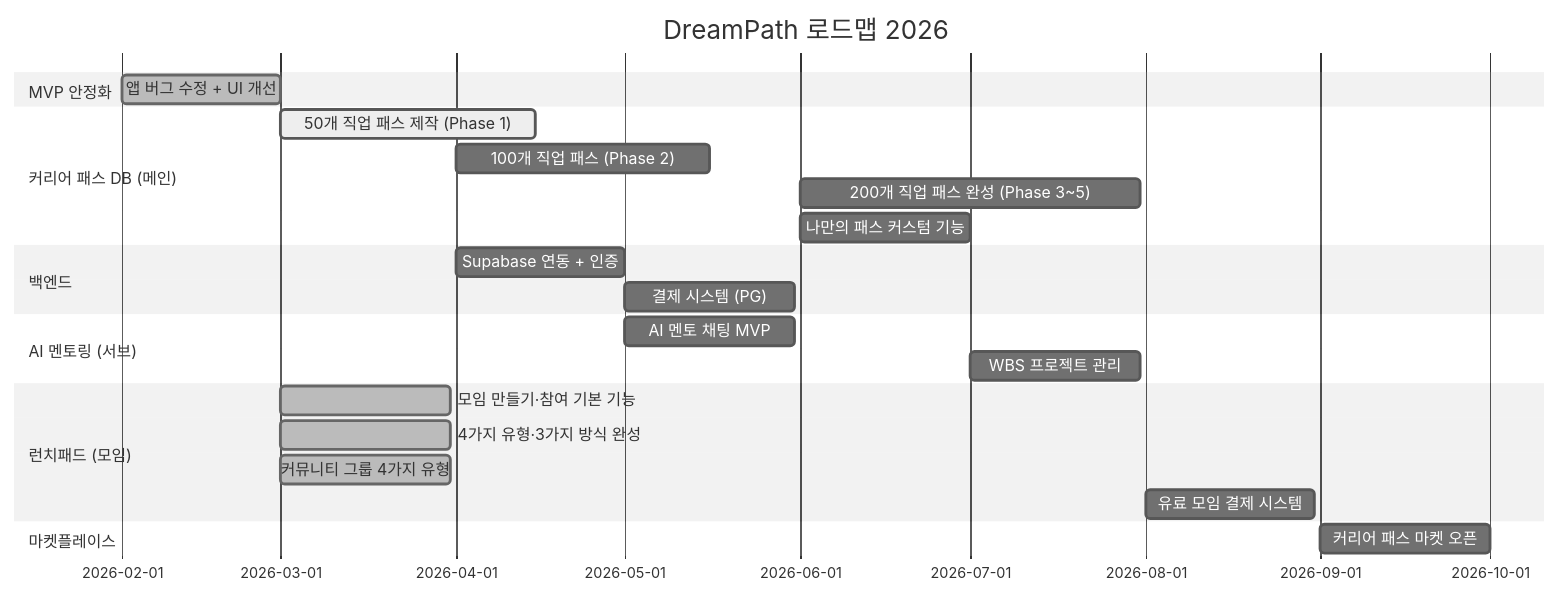
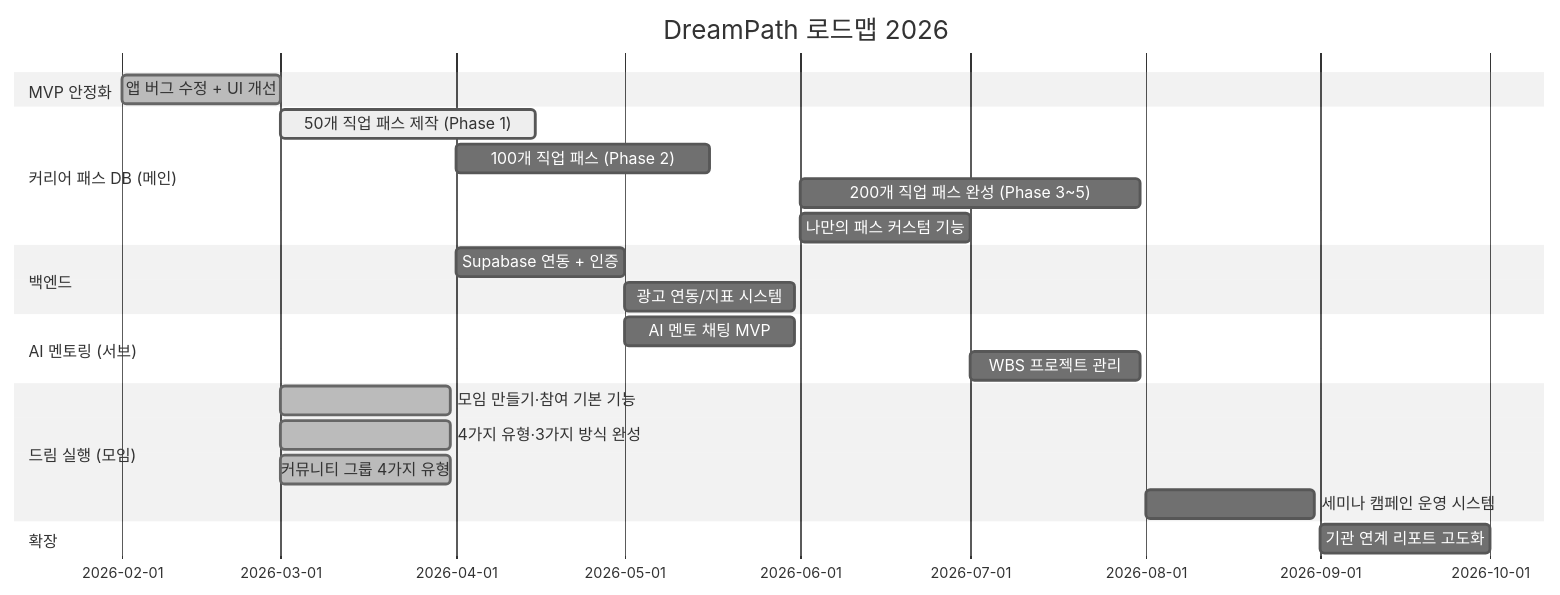
The sixth of 6 diagrams in INVESTMENT_PROPOSAL.md (Collegenie-X/AI-career-path), drawn with Mermaid (neutral theme) before and after one commit. The commit also changed other lines of this file and 3 other files, not shown here.

````diff
--- a/INVESTMENT_PROPOSAL.md
+++ b/INVESTMENT_PROPOSAL.md
@@ -708,25 +621,25 @@
 ```mermaid
 gantt
     title DreamPath 로드맵 2026
     dateFormat  YYYY-MM
     section MVP 안정화
     앱 버그 수정 + UI 개선          :done, 2026-02, 28d
     section 커리어 패스 DB (메인)
     50개 직업 패스 제작 (Phase 1)    :active, 2026-03, 45d
     100개 직업 패스 (Phase 2)       :2026-04, 45d
     200개 직업 패스 완성 (Phase 3~5) :2026-06, 60d
     나만의 패스 커스텀 기능           :2026-06, 30d
     section 백엔드
     Supabase 연동 + 인증            :2026-04, 30d
-    결제 시스템 (PG)                :2026-05, 30d
+    광고 연동/지표 시스템            :2026-05, 30d
     section AI 멘토링 (서브)
     AI 멘토 채팅 MVP                :2026-05, 30d
     WBS 프로젝트 관리               :2026-07, 30d
-    section 런치패드 (모임)
+    section 드림 실행 (모임)
     모임 만들기·참여 기본 기능       :done, 2026-03, 30d
     4가지 유형·3가지 방식 완성       :done, 2026-03, 30d
     커뮤니티 그룹 4가지 유형         :done, 2026-03, 30d
-    유료 모임 결제 시스템            :2026-08, 30d
-    section 마켓플레이스
-    커리어 패스 마켓 오픈            :2026-09, 30d
+    세미나 캠페인 운영 시스템         :2026-08, 30d
+    section 확장
+    기관 연계 리포트 고도화           :2026-09, 30d
 ```
````
